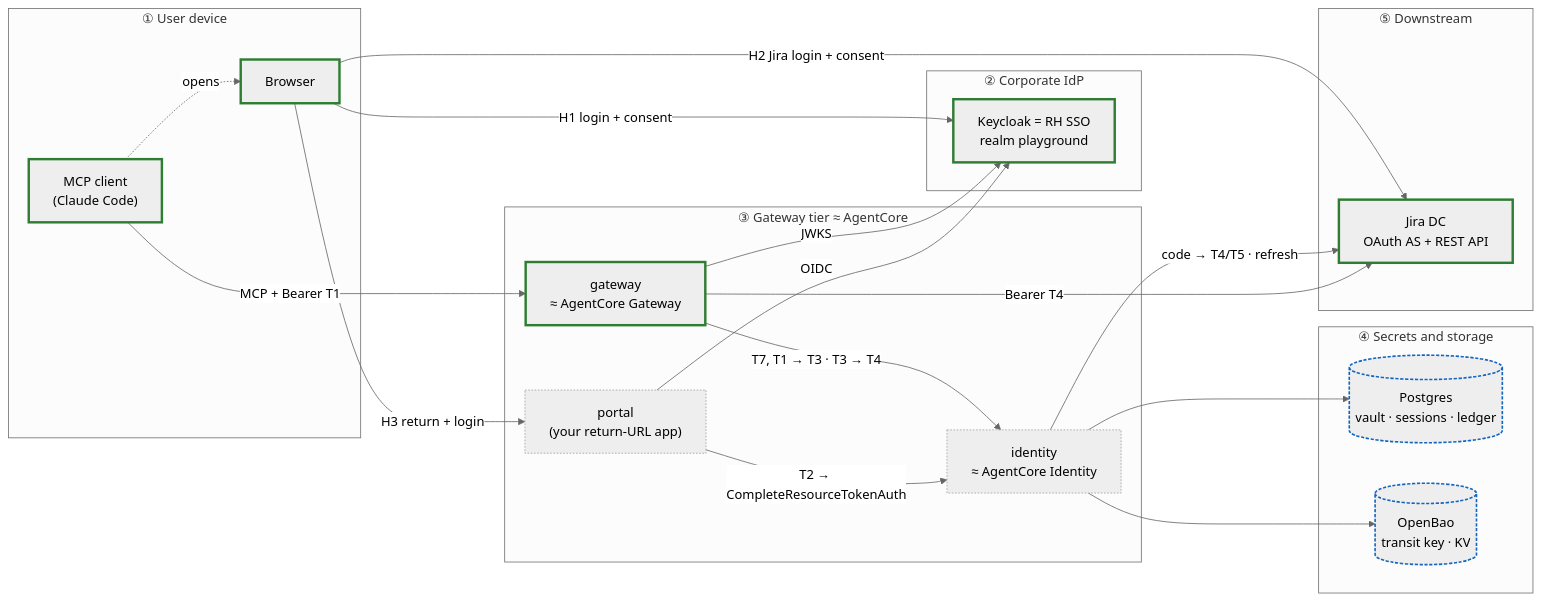
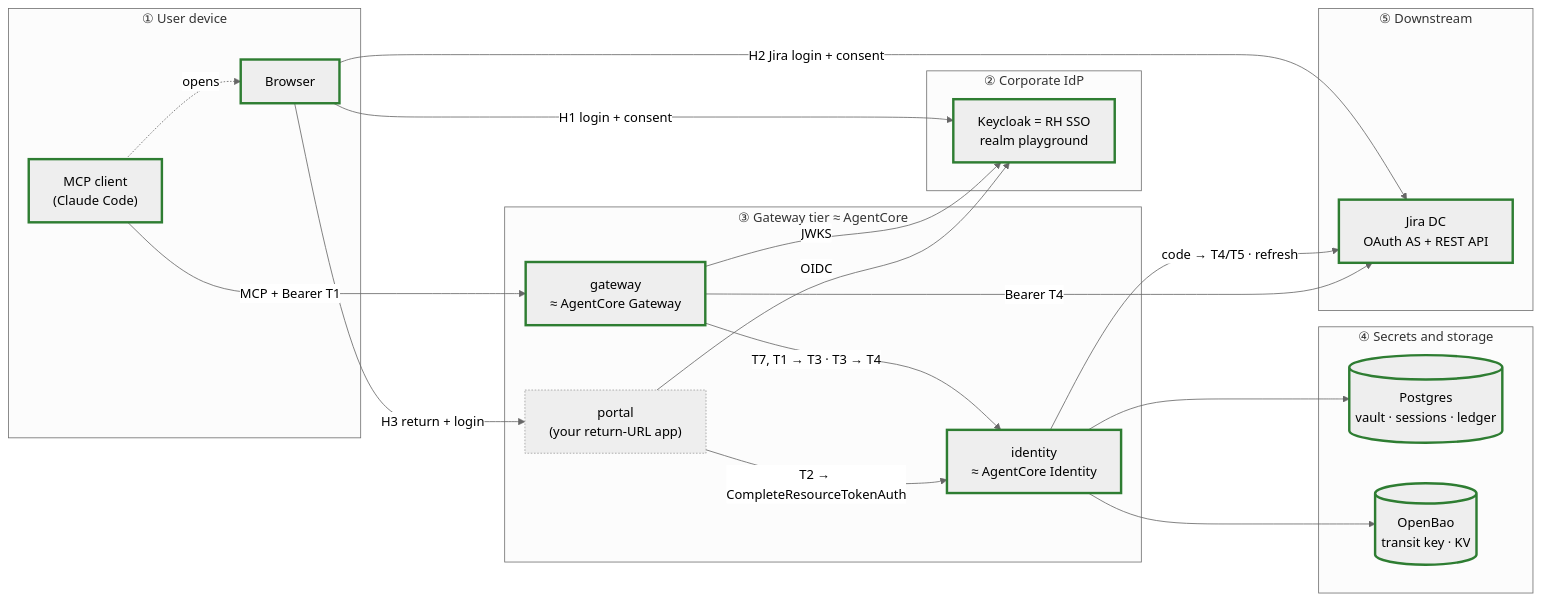
Before and after one commit to iainhgl/mcp-server-playground: the first of 5 diagrams in docs/architecture.md, drawn with Mermaid (neutral theme). The commit also changed other lines of this file and 20 other files, not shown here.

````diff
--- a/docs/architecture.md
+++ b/docs/architecture.md
@@ -23,43 +23,42 @@
 ```mermaid
 flowchart LR
   subgraph DEV["① User device"]
     BR["Browser"]
     MC["MCP client<br/>(Claude Code)"]
   end
   subgraph IDP["② Corporate IdP"]
     KC["Keycloak = RH SSO<br/>realm playground"]
   end
   subgraph GWT["③ Gateway tier ≈ AgentCore"]
     GW["gateway<br/>≈ AgentCore Gateway"]
     ID["identity<br/>≈ AgentCore Identity"]
     PO["portal<br/>(your return-URL app)"]
   end
   subgraph STO["④ Secrets and storage"]
     PG[("Postgres<br/>vault · sessions · ledger")]
     OB[("OpenBao<br/>transit key · KV")]
   end
   subgraph DS["⑤ Downstream"]
     JI["Jira DC<br/>OAuth AS + REST API"]
   end
 
   MC -- "MCP + Bearer T1" --> GW
   MC -. "opens" .-> BR
   BR -- "H1 login + consent" --> KC
   BR -- "H2 Jira login + consent" --> JI
   BR -- "H3 return + login" --> PO
   GW -- "JWKS" --> KC
   GW -- "T7, T1 → T3 · T3 → T4" --> ID
   PO -- "T2 → CompleteResourceTokenAuth" --> ID
   PO -- "OIDC" --> KC
   ID -- "code → T4/T5 · refresh" --> JI
   ID --> PG
   ID --> OB
   GW -- "Bearer T4" --> JI
 
   classDef verified stroke:#2e7d32,stroke-width:3px
   classDef built stroke:#1565c0,stroke-width:2px,stroke-dasharray:4 2
   classDef designed stroke:#9e9e9e,stroke-width:1px,stroke-dasharray:2 2
-  class MC,BR,KC,GW,JI verified
-  class PG,OB built
-  class ID,PO designed
+  class MC,BR,KC,GW,JI,ID,PG,OB verified
+  class PO designed
 ```
````
